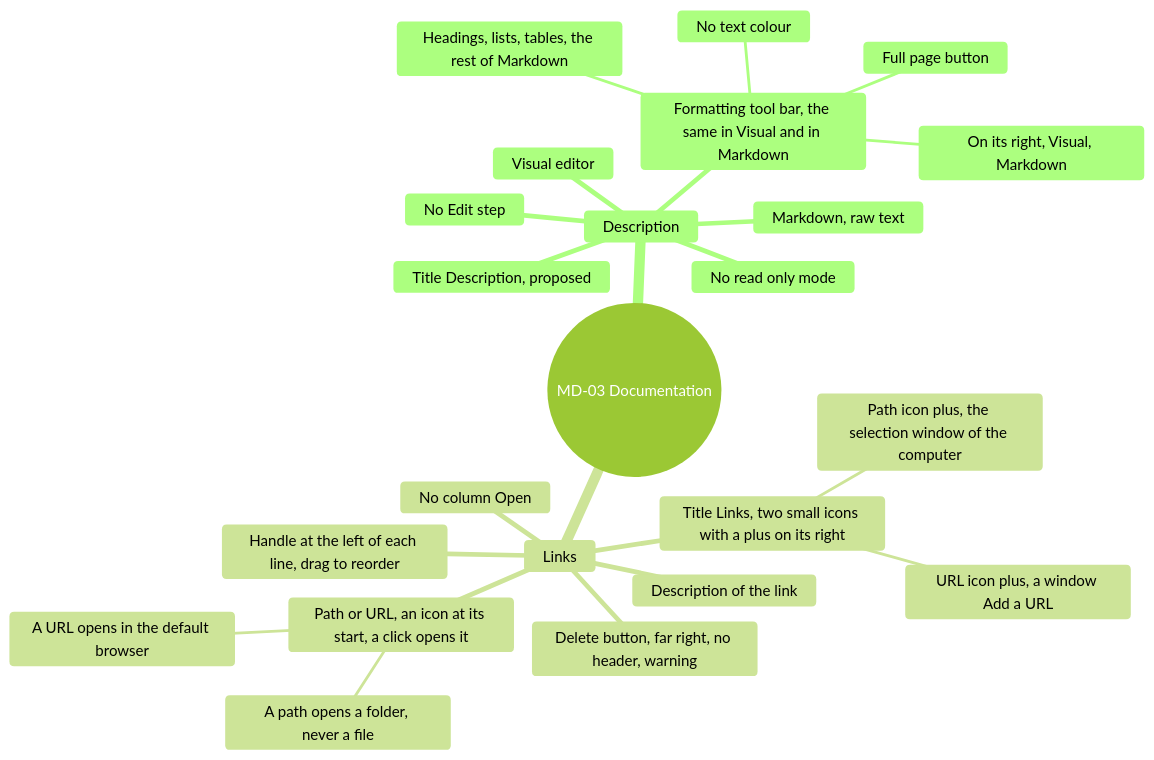
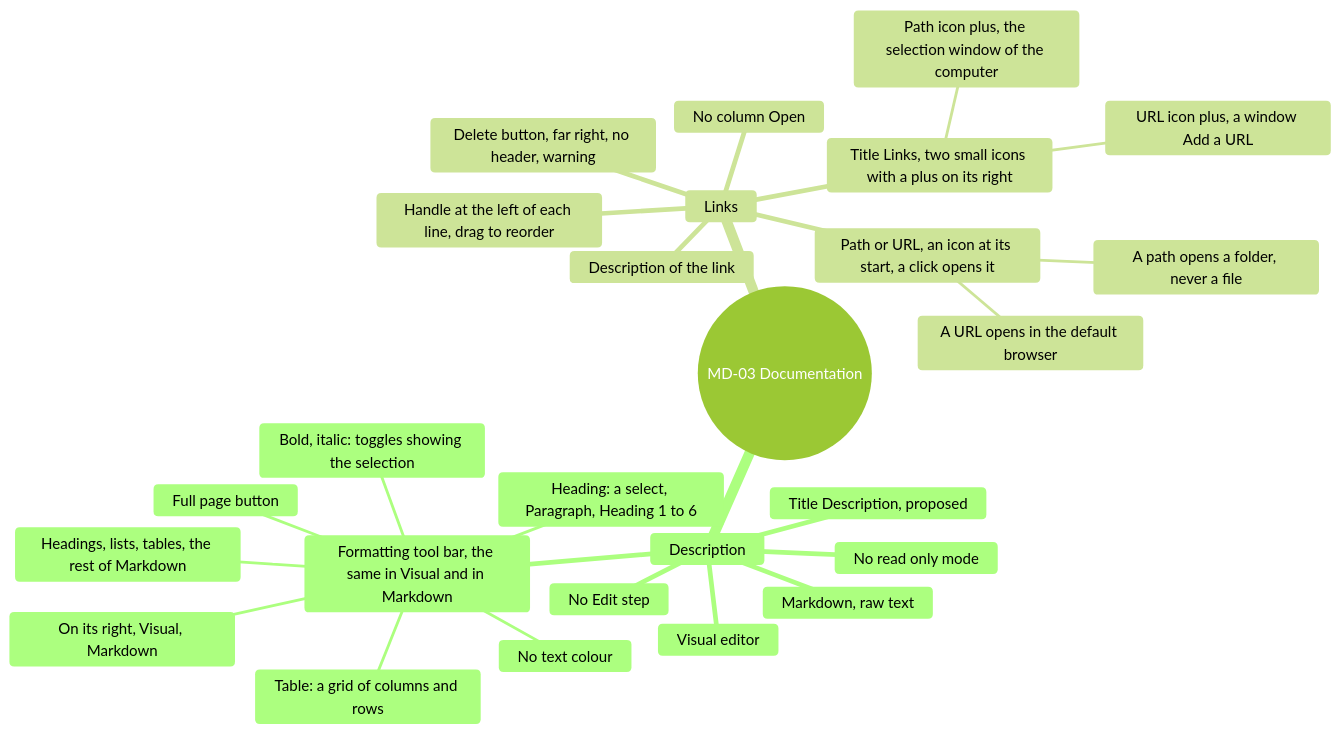
One commit to AlexandreGallais/synoptic-studio-spec changed the fourth of 16 diagrams in screens/metadata.md. Above: the diagram before and after it, drawn with Mermaid (forest theme). The commit also changed other lines of this file and 3 other files, not shown here.

First line of the commit message:
docs(design-system): toggles, heading list and table grid in the tool bar

````diff
--- a/screens/metadata.md
+++ b/screens/metadata.md
@@ -124,26 +124,29 @@
 ```mermaid
 mindmap
   root((MD-03 Documentation))
     Description
       Title Description, proposed
       No Edit step
       Formatting tool bar, the same in Visual and in Markdown
         Headings, lists, tables, the rest of Markdown
+        Bold, italic: toggles showing the selection
+        Heading: a select, Paragraph, Heading 1 to 6
+        Table: a grid of columns and rows
         No text colour
         On its right, Visual, Markdown
         Full page button
       Visual editor
       Markdown, raw text
       No read only mode
     Links
       Title Links, two small icons with a plus on its right
         Path icon plus, the selection window of the computer
         URL icon plus, a window Add a URL
       Handle at the left of each line, drag to reorder
       Path or URL, an icon at its start, a click opens it
         A path opens a folder, never a file
         A URL opens in the default browser
       Description of the link
       No column Open
       Delete button, far right, no header, warning
 ```
````
